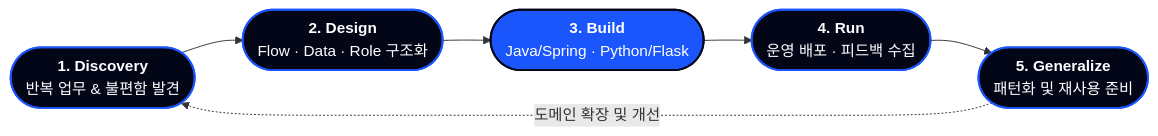
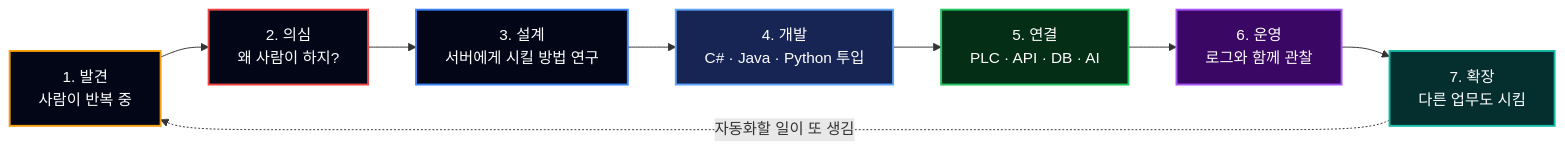
The fourth of 4 diagrams in README.md (WhiteSnake-MrBBoo/WhiteSnake-MrBBoo), drawn with Mermaid before and after one commit. The commit also changed other lines of this file, not shown here.

````diff
--- a/README.md
+++ b/README.md
@@ -64,22 +377,21 @@
 ```mermaid
+flowchart LR
+    A["1. 발견<br/>사람이 반복 중"]
+    B["2. 의심<br/>왜 사람이 하지?"]
+    C["3. 설계<br/>서버에게 시킬 방법 연구"]
+    D["4. 개발<br/>C# · Java · Python 투입"]
+    E["5. 연결<br/>PLC · API · DB · AI"]
+    F["6. 운영<br/>로그와 함께 관찰"]
+    G["7. 확장<br/>다른 업무도 시킴"]
 
-flowchart LR
-    %% 노드 정의
-    A(["<b>1. Discovery</b><br/>반복 업무 & 불편함 발견"])
-    B(["<b>2. Design</b><br/>Flow · Data · Role 구조화"])
-    C(["<b>3. Build</b><br/>Java/Spring · Python/Flask"])
-    D(["<b>4. Run</b><br/>운영 배포 · 피드백 수집"])
-    E(["<b>5. Generalize</b><br/>패턴화 및 재사용 준비"])
+    A --> B --> C --> D --> E --> F --> G
+    G -. "자동화할 일이 또 생김" .-> A
 
-    %% 연결선 및 흐름
-    A --> B --> C --> D --> E
-    E -.-> |"도메인 확장 및 개선"| A
-
-    %% 스타일 설정
-    style A fill:#020617,stroke:#1B56FD,stroke-width:2px,color:#fff
-    style B fill:#020617,stroke:#1B56FD,stroke-width:2px,color:#fff
-    style C fill:#1B56FD,stroke:#020617,stroke-width:2px,color:#fff
-    style D fill:#020617,stroke:#1B56FD,stroke-width:2px,color:#fff
-    style E fill:#020617,stroke:#1B56FD,stroke-width:2px,color:#fff
-
+    style A fill:#020617,stroke:#F59E0B,stroke-width:2px,color:#FFFFFF
+    style B fill:#020617,stroke:#EF4444,stroke-width:2px,color:#FFFFFF
+    style C fill:#020617,stroke:#3B82F6,stroke-width:2px,color:#FFFFFF
+    style D fill:#172554,stroke:#60A5FA,stroke-width:2px,color:#FFFFFF
+    style E fill:#052E16,stroke:#22C55E,stroke-width:2px,color:#FFFFFF
+    style F fill:#3B0764,stroke:#A855F7,stroke-width:2px,color:#FFFFFF
+    style G fill:#042F2E,stroke:#14B8A6,stroke-width:2px,color:#FFFFFF
 ```
````
